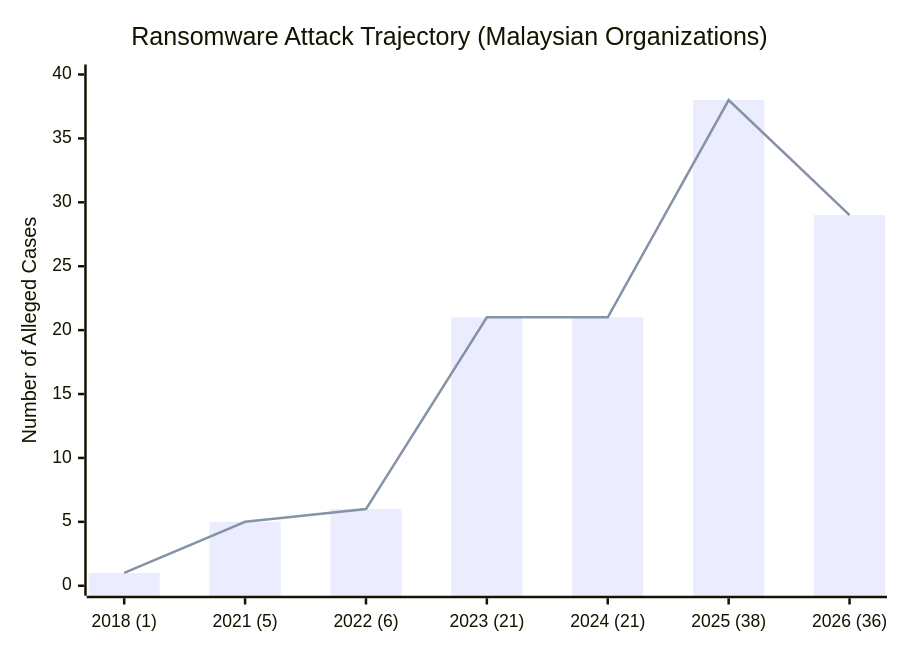
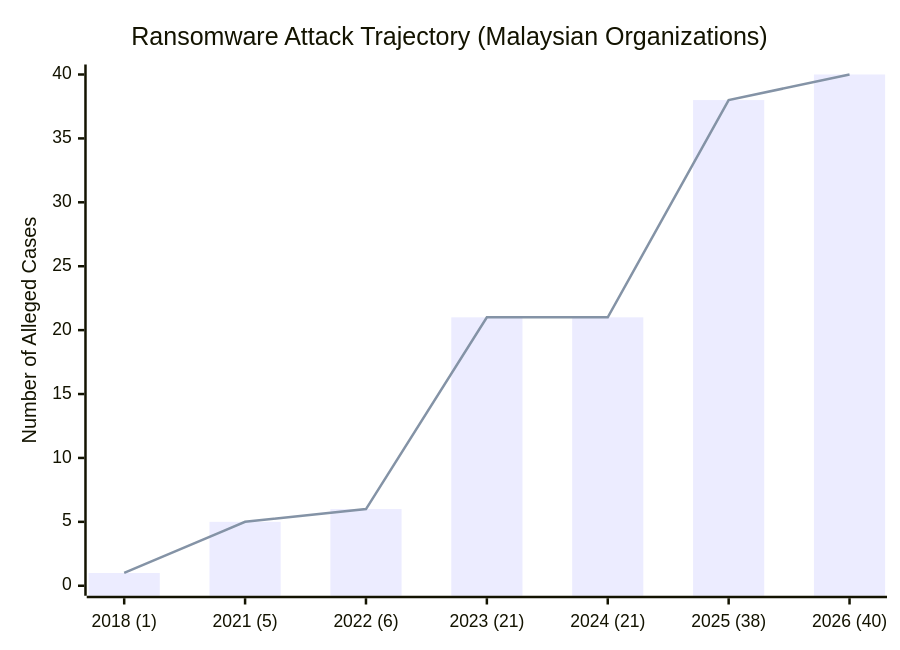
Before and after one commit to rectifyq/site: the first of 4 diagrams in content/MY Threat Landscape/ransomware.md, drawn with Mermaid. The commit also changed other lines of this file and 251 other files, not shown here.

````diff
--- a/content/MY Threat Landscape/ransomware.md
+++ b/content/MY Threat Landscape/ransomware.md
@@ -18,8 +16,8 @@
 ```mermaid
 xychart-beta
     title "Ransomware Attack Trajectory (Malaysian Organizations)"
-    x-axis ["2018 (1)", "2021 (5)", "2022 (6)", "2023 (21)", "2024 (21)", "2025 (38)", "2026 (36)"]
+    x-axis ["2018 (1)", "2021 (5)", "2022 (6)", "2023 (21)", "2024 (21)", "2025 (38)", "2026 (40)"]
     y-axis "Number of Alleged Cases" 0 --> 40
-    bar [1, 5, 6, 21, 21, 38, 29]
-    line [1, 5, 6, 21, 21, 38, 29]
+    bar [1, 5, 6, 21, 21, 38, 40]
+    line [1, 5, 6, 21, 21, 38, 40]
 ```
````
